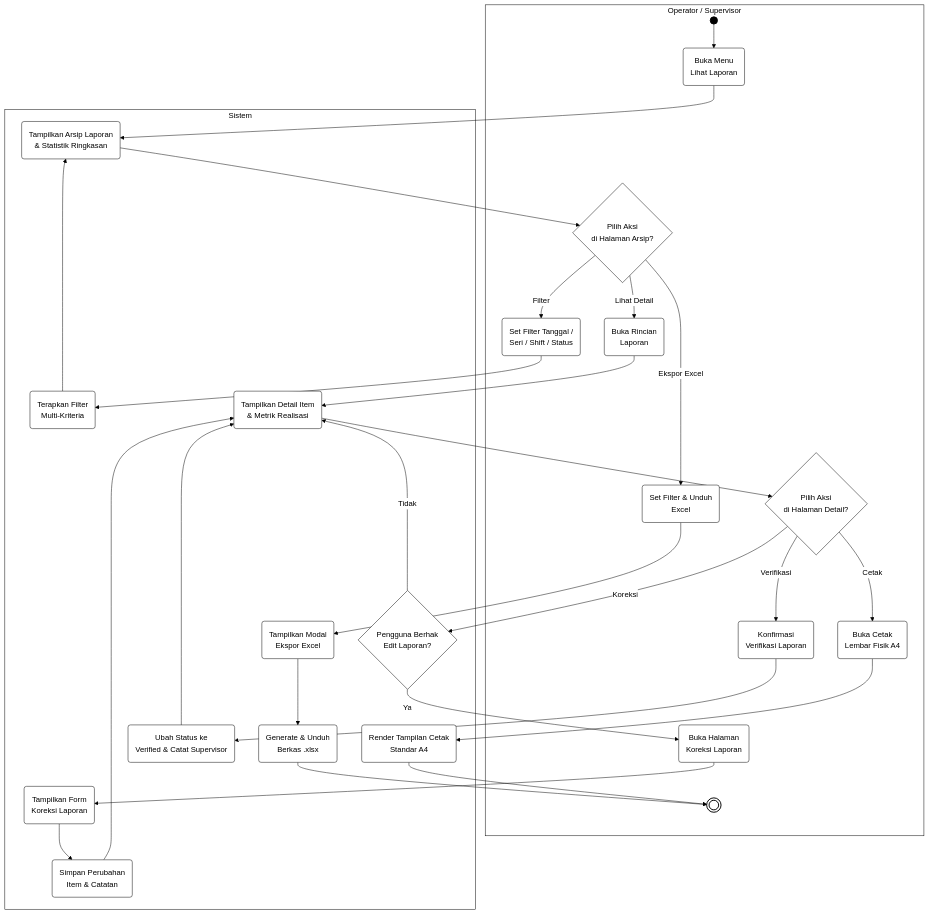
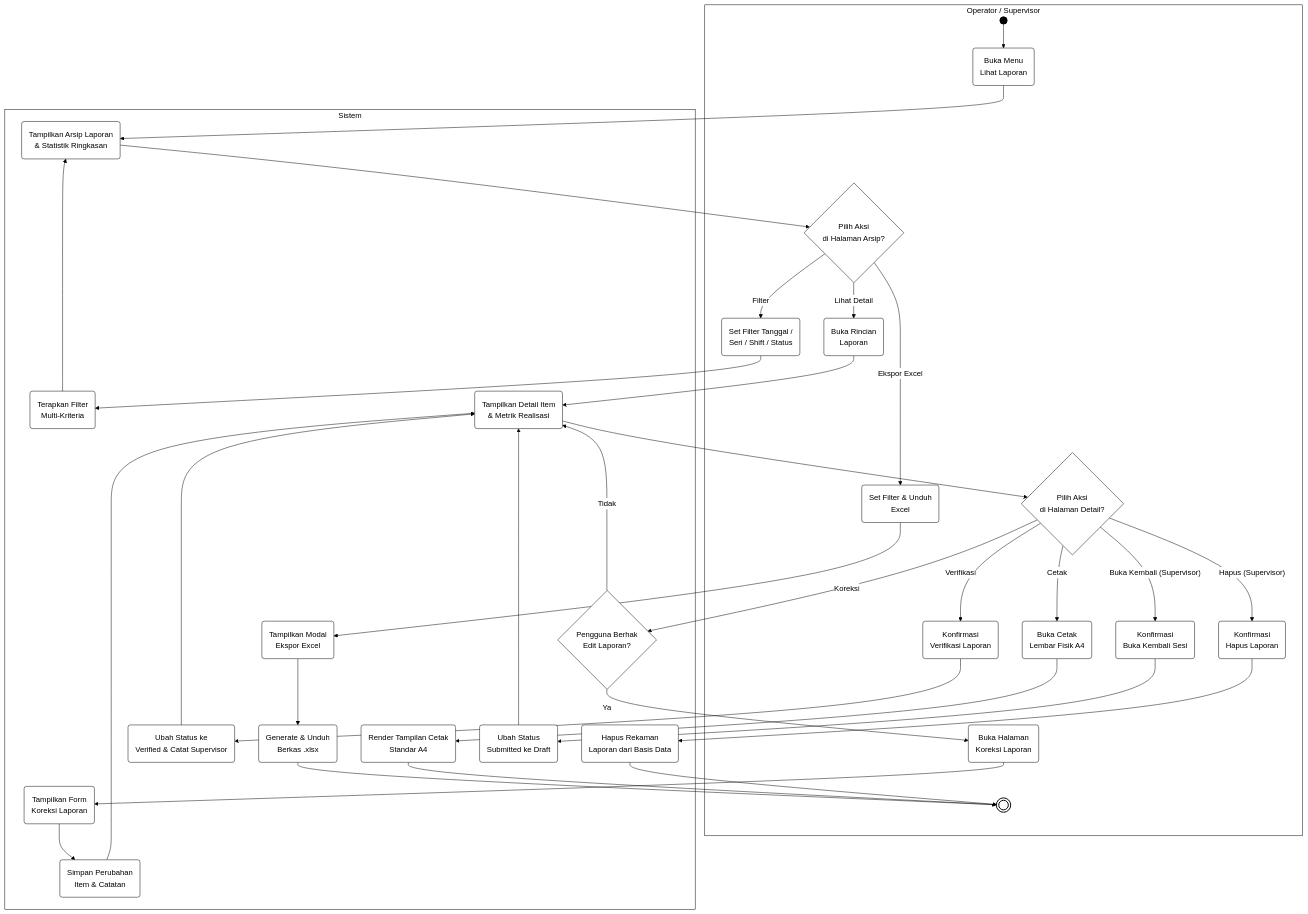
The eighth of 11 diagrams in docs/BAB_III_Draft.md (ZulfikarHD/scan-produksi), drawn with Mermaid before and after one commit. The commit also changed other lines of this file, not shown here.

````diff
--- a/docs/BAB_III_Draft.md
+++ b/docs/BAB_III_Draft.md
@@ -619,59 +630,69 @@
 ```mermaid
 %%{init: {'theme': 'base', 'themeVariables': { 'primaryColor': '#ffffff', 'primaryBorderColor': '#000000', 'primaryTextColor': '#000000', 'lineColor': '#000000', 'textColor': '#000000', 'clusterBkg': '#ffffff', 'clusterBorder': '#000000', 'edgeLabelBackground':'#ffffff' }}}%%
 flowchart TD
     subgraph Pengguna ["Operator / Supervisor"]
         U_Start(( ))
         U_Buka(Buka Menu<br/>Lihat Laporan)
         U_Aksi{Pilih Aksi<br/>di Halaman Arsip?}
         U_Filter(Set Filter Tanggal /<br/>Seri / Shift / Status)
         U_Detail(Buka Rincian<br/>Laporan)
         U_Aksi2{Pilih Aksi<br/>di Halaman Detail?}
         U_Excel(Set Filter & Unduh<br/>Excel)
         U_Edit(Buka Halaman<br/>Koreksi Laporan)
         U_Verif(Konfirmasi<br/>Verifikasi Laporan)
         U_Cetak(Buka Cetak<br/>Lembar Fisik A4)
+        U_Hapus(Konfirmasi<br/>Hapus Laporan)
+        U_Reopen(Konfirmasi<br/>Buka Kembali Sesi)
         U_End((( )))
     end
 
     subgraph Sistem ["Sistem"]
         S_Arsip(Tampilkan Arsip Laporan<br/>& Statistik Ringkasan)
         S_Filter(Terapkan Filter<br/>Multi-Kriteria)
         S_Modal(Tampilkan Modal<br/>Ekspor Excel)
         S_Export(Generate & Unduh<br/>Berkas .xlsx)
         S_Rincian(Tampilkan Detail Item<br/>& Metrik Realisasi)
         S_IzinEdit{Pengguna Berhak<br/>Edit Laporan?}
         S_FormEdit(Tampilkan Form<br/>Koreksi Laporan)
         S_SaveEdit(Simpan Perubahan<br/>Item & Catatan)
         S_SetVerif(Ubah Status ke<br/>Verified & Catat Supervisor)
         S_Print(Render Tampilan Cetak<br/>Standar A4)
+        S_DeleteReport(Hapus Rekaman<br/>Laporan dari Basis Data)
+        S_ReopenReport(Ubah Status<br/>Submitted ke Draft)
     end
 
     U_Start --> U_Buka
     U_Buka --> S_Arsip
     S_Arsip --> U_Aksi
     U_Aksi -- Filter --> U_Filter
     U_Filter --> S_Filter
     S_Filter --> S_Arsip
     U_Aksi -- Ekspor Excel --> U_Excel
     U_Excel --> S_Modal
     S_Modal --> S_Export
     S_Export --> U_End
     U_Aksi -- Lihat Detail --> U_Detail
     U_Detail --> S_Rincian
     S_Rincian --> U_Aksi2
     U_Aksi2 -- Koreksi --> S_IzinEdit
     S_IzinEdit -- Tidak --> S_Rincian
     S_IzinEdit -- Ya --> U_Edit
     U_Edit --> S_FormEdit
     S_FormEdit --> S_SaveEdit
     S_SaveEdit --> S_Rincian
     U_Aksi2 -- Verifikasi --> U_Verif
     U_Verif --> S_SetVerif
     S_SetVerif --> S_Rincian
     U_Aksi2 -- Cetak --> U_Cetak
     U_Cetak --> S_Print
     S_Print --> U_End
+    U_Aksi2 -- "Hapus (Supervisor)" --> U_Hapus
+    U_Hapus --> S_DeleteReport
+    S_DeleteReport --> U_End
+    U_Aksi2 -- "Buka Kembali (Supervisor)" --> U_Reopen
+    U_Reopen --> S_ReopenReport
+    S_ReopenReport --> S_Rincian
 
     style U_Start fill:#000000,stroke:#000000,stroke-width:2px;
     style U_End fill:#ffffff,stroke:#000000,stroke-width:2px;
 ```
````
